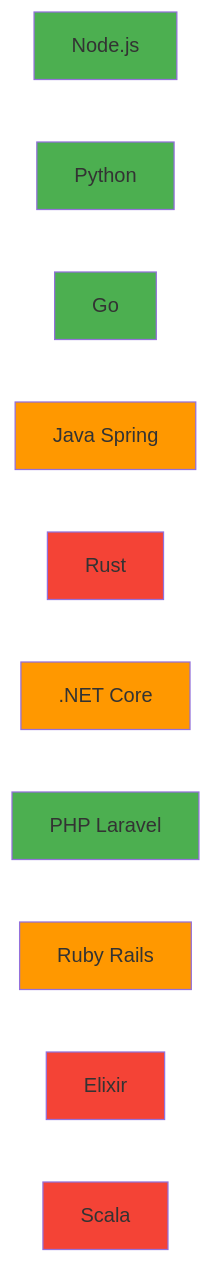
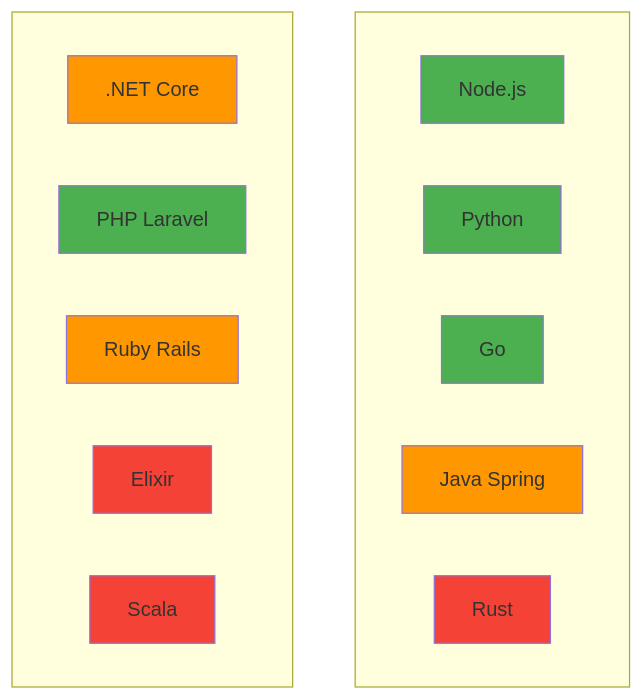
One commit to niceguy61/kdt_devops_lecture_2025 changed the third of 10 diagrams in theory/week_04/day1/challenge_2.md. Above: the diagram before and after it, drawn with Mermaid. The commit also changed other lines of this file, not shown here.

````diff
--- a/theory/week_04/day1/challenge_2.md
+++ b/theory/week_04/day1/challenge_2.md
@@ -199,24 +197,29 @@
 ```mermaid
-graph LR
-    A[Node.js]
-    B[Python]
-    C[Go]
-    D[Java Spring]
-    E[Rust]
-    F[.NET Core]
-    G[PHP Laravel]
-    H[Ruby Rails]
-    I[Elixir]
-    J[Scala]
+graph TB
+    subgraph col1[" "]
+        A[Node.js]
+        B[Python]
+        C[Go]
+        D[Java Spring]
+        E[Rust]
+    end
+    
+    subgraph col2[" "]
+        F[.NET Core]
+        G[PHP Laravel]
+        H[Ruby Rails]
+        I[Elixir]
+        J[Scala]
+    end
     
     style A fill:#4caf50
     style B fill:#4caf50
     style C fill:#4caf50
     style D fill:#ff9800
     style E fill:#f44336
     style F fill:#ff9800
     style G fill:#4caf50
     style H fill:#ff9800
     style I fill:#f44336
     style J fill:#f44336
 ```
````
